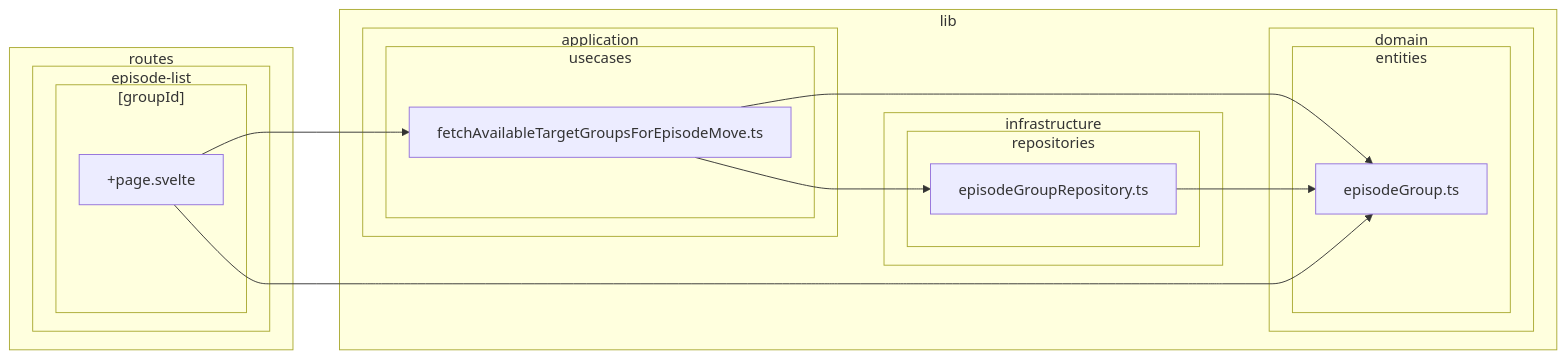
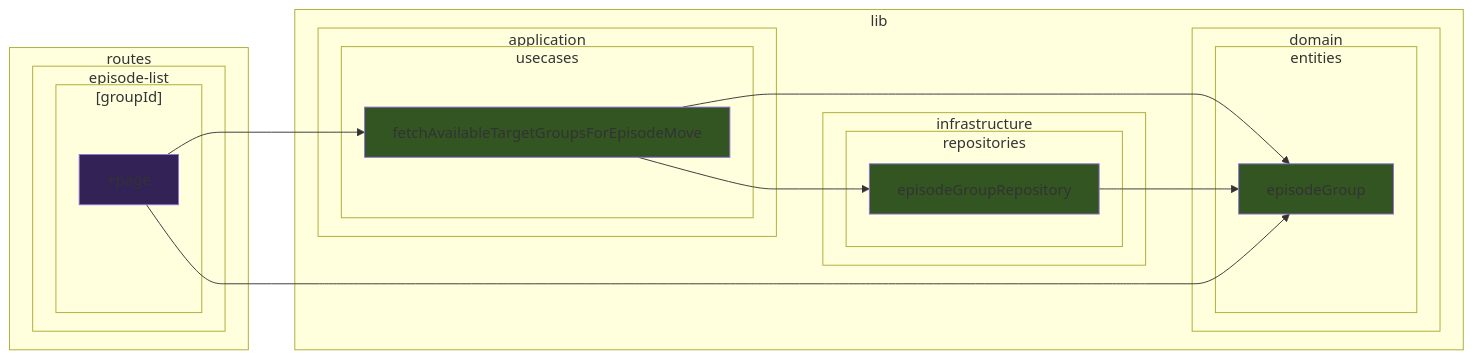
Diagram 17 of 39 in doc/dependency-graph.md (k5n/kotonoha), drawn with Mermaid before and after one commit. The commit also changed other lines of this file, not shown here.

````diff
--- a/doc/dependency-graph.md
+++ b/doc/dependency-graph.md
@@ -722,32 +924,39 @@
 ```mermaid
 graph LR
+    classDef cssSvelteComponent fill:#325;
+    classDef cssSvelteScript fill:#535;
+    classDef cssTypeScript fill:#352;
         subgraph sg_lib ["lib"]
             subgraph sg_lib_application ["application"]
                 subgraph sg_lib_application_usecases ["usecases"]
-                    src_lib_application_usecases_fetchAvailableTargetGroupsForEpisodeMove_ts["fetchAvailableTargetGroupsForEpisodeMove.ts"]
+                    src_lib_application_usecases_fetchAvailableTargetGroupsForEpisodeMove_ts["fetchAvailableTargetGroupsForEpisodeMove"]
                 end
             end
             subgraph sg_lib_domain ["domain"]
                 subgraph sg_lib_domain_entities ["entities"]
-                    src_lib_domain_entities_episodeGroup_ts["episodeGroup.ts"]
+                    src_lib_domain_entities_episodeGroup_ts["episodeGroup"]
                 end
             end
             subgraph sg_lib_infrastructure ["infrastructure"]
                 subgraph sg_lib_infrastructure_repositories ["repositories"]
-                    src_lib_infrastructure_repositories_episodeGroupRepository_ts["episodeGroupRepository.ts"]
+                    src_lib_infrastructure_repositories_episodeGroupRepository_ts["episodeGroupRepository"]
                 end
             end
         end
         subgraph sg_routes ["routes"]
             subgraph sg_routes_episode_list ["episode-list"]
                 subgraph sg_routes_episode_list__groupId_ ["[groupId]"]
-                    src_routes_episode_list__groupId___page_svelte["+page.svelte"]
+                    src_routes_episode_list__groupId___page_svelte["+page"]
                 end
             end
         end
     src_lib_application_usecases_fetchAvailableTargetGroupsForEpisodeMove_ts --> src_lib_domain_entities_episodeGroup_ts
     src_lib_application_usecases_fetchAvailableTargetGroupsForEpisodeMove_ts --> src_lib_infrastructure_repositories_episodeGroupRepository_ts
     src_lib_infrastructure_repositories_episodeGroupRepository_ts --> src_lib_domain_entities_episodeGroup_ts
     src_routes_episode_list__groupId___page_svelte --> src_lib_application_usecases_fetchAvailableTargetGroupsForEpisodeMove_ts
     src_routes_episode_list__groupId___page_svelte --> src_lib_domain_entities_episodeGroup_ts
+    class src_lib_application_usecases_fetchAvailableTargetGroupsForEpisodeMove_ts cssTypeScript
+    class src_lib_domain_entities_episodeGroup_ts cssTypeScript
+    class src_lib_infrastructure_repositories_episodeGroupRepository_ts cssTypeScript
+    class src_routes_episode_list__groupId___page_svelte cssSvelteComponent
 ```
````
